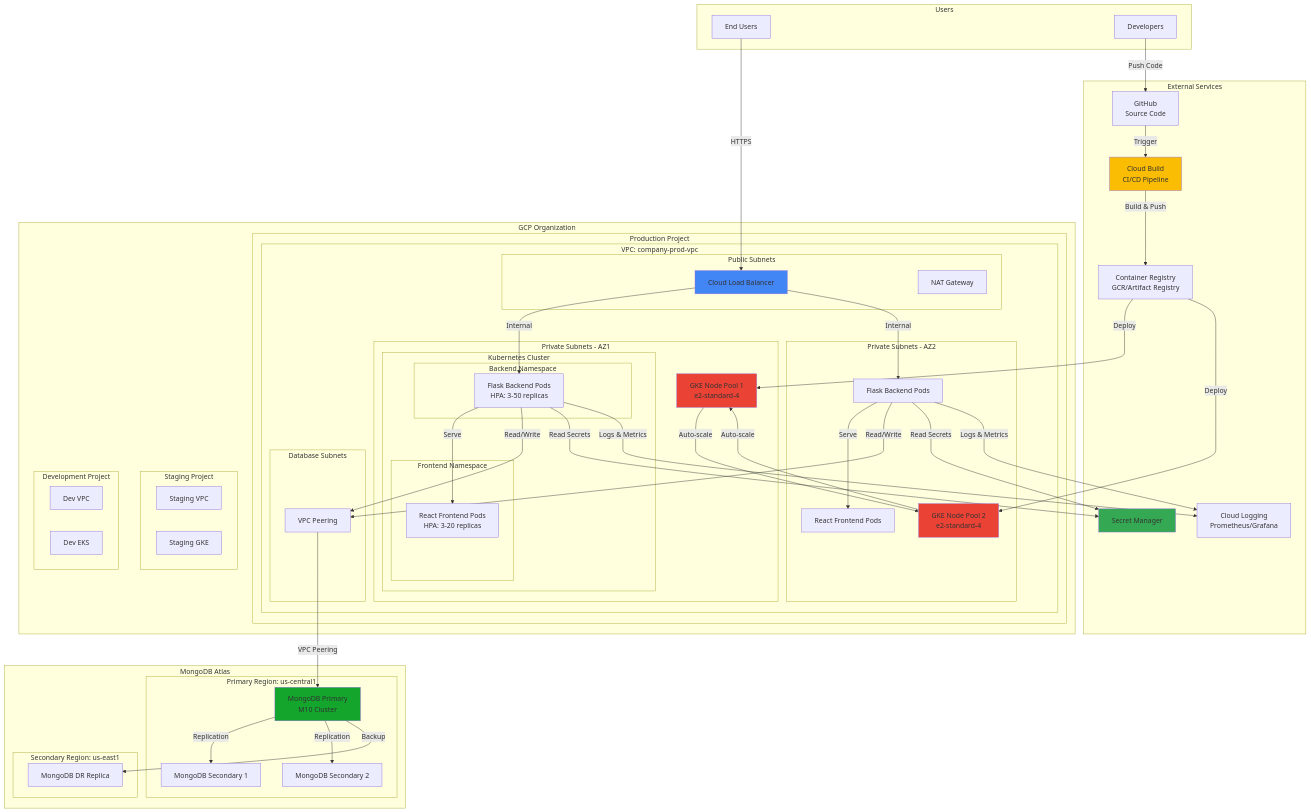
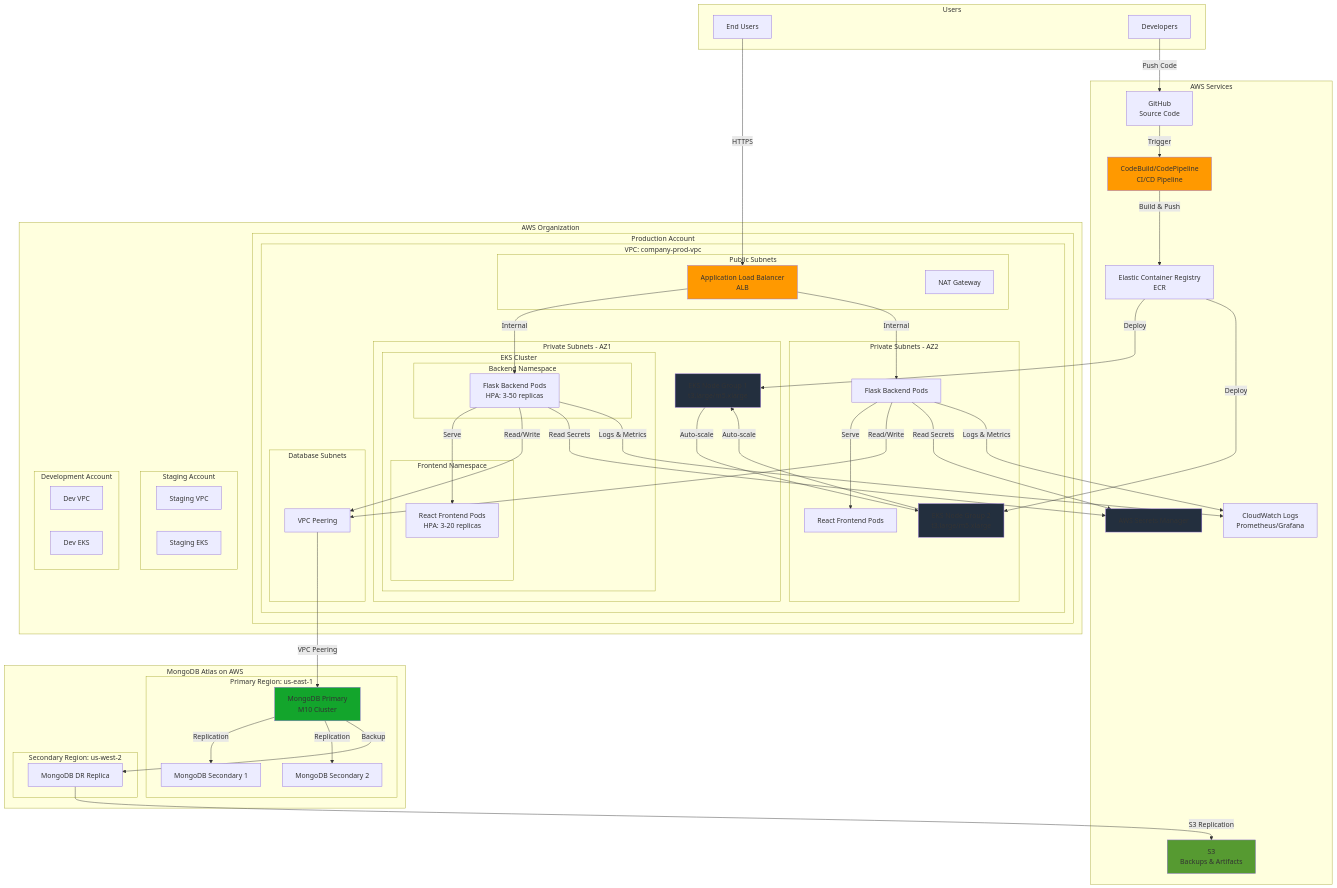
The diagram in architecture/architecture-diagram.mmd (spoludniev/flamingo), drawn with Mermaid before and after one commit.

```diff
--- a/architecture/architecture-diagram.mmd
+++ b/architecture/architecture-diagram.mmd
@@ -1,101 +1,104 @@
 graph TB
-    subgraph "GCP Organization"
-        subgraph "Production Project"
+    subgraph "AWS Organization"
+        subgraph "Production Account"
             subgraph "VPC: company-prod-vpc"
                 subgraph "Public Subnets"
-                    LB[Cloud Load Balancer]
+                    LB[Application Load Balancer<br/>ALB]
                     NAT[NAT Gateway]
                 end
                 
                 subgraph "Private Subnets - AZ1"
-                    GKE1[GKE Node Pool 1<br/>e2-standard-4]
-                    subgraph "Kubernetes Cluster"
+                    EKS1[EKS Node Group 1<br/>t3.large/m5.xlarge]
+                    subgraph "EKS Cluster"
                         subgraph "Backend Namespace"
                             BE1[Flask Backend Pods<br/>HPA: 3-50 replicas]
                         end
                         subgraph "Frontend Namespace"
                             FE1[React Frontend Pods<br/>HPA: 3-20 replicas]
                         end
                     end
                 end
                 
                 subgraph "Private Subnets - AZ2"
-                    GKE2[GKE Node Pool 2<br/>e2-standard-4]
+                    EKS2[EKS Node Group 2<br/>t3.large/m5.xlarge]
                     BE2[Flask Backend Pods]
                     FE2[React Frontend Pods]
                 end
                 
                 subgraph "Database Subnets"
                     DB_PEER[VPC Peering]
                 end
             end
         end
         
-        subgraph "Staging Project"
+        subgraph "Staging Account"
             STG_VPC[Staging VPC]
-            STG_GKE[Staging GKE]
+            STG_EKS[Staging EKS]
         end
         
-        subgraph "Development Project"
+        subgraph "Development Account"
             DEV_VPC[Dev VPC]
             DEV_EKS[Dev EKS]
         end
     end
     
-    subgraph "MongoDB Atlas"
-        subgraph "Primary Region: us-central1"
+    subgraph "MongoDB Atlas on AWS"
+        subgraph "Primary Region: us-east-1"
             MONGO_PRI[MongoDB Primary<br/>M10 Cluster]
             MONGO_SEC1[MongoDB Secondary 1]
             MONGO_SEC2[MongoDB Secondary 2]
         end
-        subgraph "Secondary Region: us-east1"
+        subgraph "Secondary Region: us-west-2"
             MONGO_DR[MongoDB DR Replica]
         end
     end
     
-    subgraph "External Services"
+    subgraph "AWS Services"
         GITHUB[GitHub<br/>Source Code]
-        CLOUD_BUILD[Cloud Build<br/>CI/CD Pipeline]
-        GCR[Container Registry<br/>GCR/Artifact Registry]
-        SECRETS[Secret Manager]
-        MONITORING[Cloud Logging<br/>Prometheus/Grafana]
+        CODEBUILD[CodeBuild/CodePipeline<br/>CI/CD Pipeline]
+        ECR[Elastic Container Registry<br/>ECR]
+        SECRETS[AWS Secrets Manager]
+        MONITORING[CloudWatch Logs<br/>Prometheus/Grafana]
+        S3[S3<br/>Backups & Artifacts]
     end
     
     subgraph "Users"
         USERS[End Users]
         DEVS[Developers]
     end
     
     %% Connections
     USERS -->|HTTPS| LB
     LB -->|Internal| BE1
     LB -->|Internal| BE2
     BE1 -->|Serve| FE1
     BE2 -->|Serve| FE2
     BE1 -->|Read/Write| DB_PEER
     BE2 -->|Read/Write| DB_PEER
     DB_PEER -->|VPC Peering| MONGO_PRI
     MONGO_PRI -->|Replication| MONGO_SEC1
     MONGO_PRI -->|Replication| MONGO_SEC2
     MONGO_PRI -->|Backup| MONGO_DR
+    MONGO_DR -->|S3 Replication| S3
     
     DEVS -->|Push Code| GITHUB
-    GITHUB -->|Trigger| CLOUD_BUILD
-    CLOUD_BUILD -->|Build & Push| GCR
-    GCR -->|Deploy| GKE1
-    GCR -->|Deploy| GKE2
+    GITHUB -->|Trigger| CODEBUILD
+    CODEBUILD -->|Build & Push| ECR
+    ECR -->|Deploy| EKS1
+    ECR -->|Deploy| EKS2
     
     BE1 -->|Read Secrets| SECRETS
     BE2 -->|Read Secrets| SECRETS
     BE1 -->|Logs & Metrics| MONITORING
     BE2 -->|Logs & Metrics| MONITORING
     
-    GKE1 -->|Auto-scale| GKE2
-    GKE2 -->|Auto-scale| GKE1
+    EKS1 -->|Auto-scale| EKS2
+    EKS2 -->|Auto-scale| EKS1
     
-    style LB fill:#4285f4
+    style LB fill:#FF9900
     style MONGO_PRI fill:#13a52c
-    style GKE1 fill:#ea4335
-    style GKE2 fill:#ea4335
-    style CLOUD_BUILD fill:#fbbc04
-    style SECRETS fill:#34a853
+    style EKS1 fill:#232F3E
+    style EKS2 fill:#232F3E
+    style CODEBUILD fill:#FF9900
+    style SECRETS fill:#232F3E
+    style S3 fill:#569A31
```
